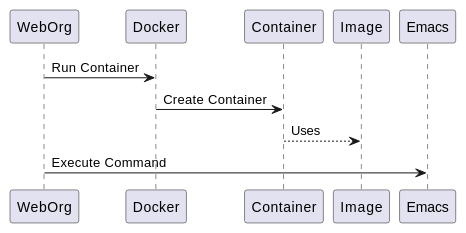
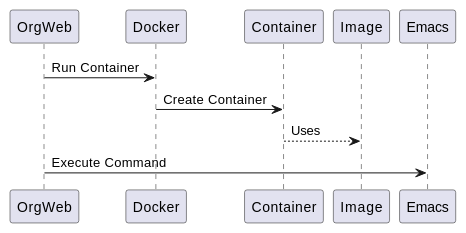
One commit to fgiasson/orgweb changed the second of 4 diagrams in README.org. Above: the diagram before and after it, drawn with PlantUML. The commit also changed other lines of this file and 19 other files, not shown here.

First line of the commit message:
Rename weborg to orgweb

```diff
--- a/README.org
+++ b/README.org
@@ -62,8 +62,8 @@
-#+BEGIN_SRC plantuml :file imgs/weborg_flow_2.svg :exports results
+#+BEGIN_SRC plantuml :file imgs/orgweb_2.svg :exports results
 
-WebOrg -> Docker: Run Container
+OrgWeb -> Docker: Run Container
 Docker -> Container: Create Container
 Image <-- Container: Uses
-WebOrg -> Emacs: Execute Command
+OrgWeb -> Emacs: Execute Command
 
 #+END_SRC
```
